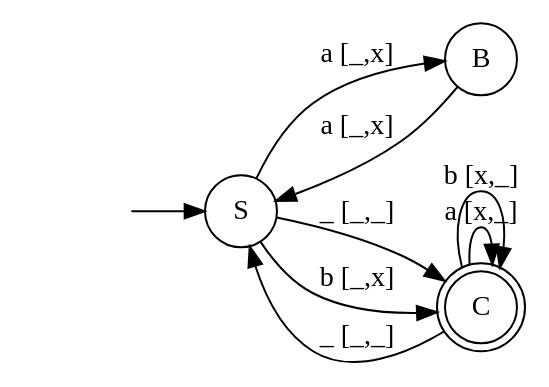
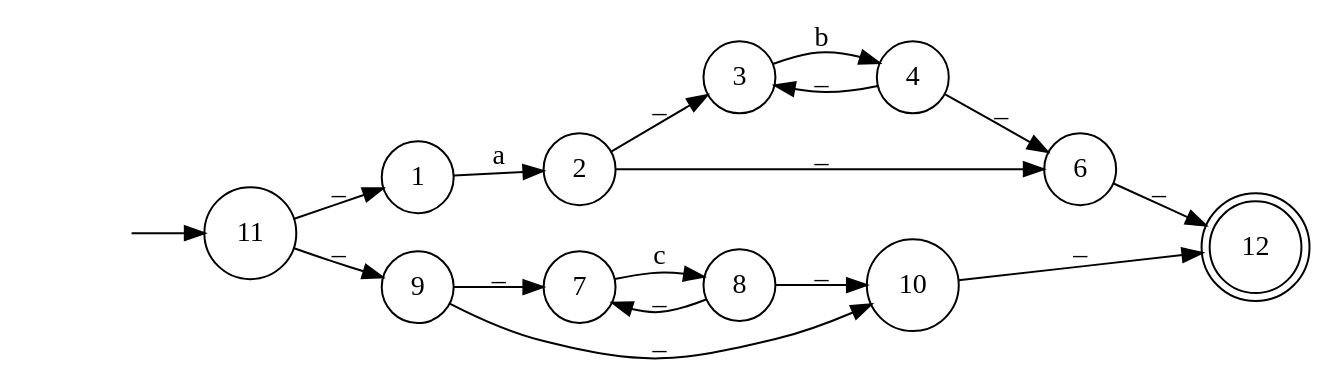
Before and after one commit to arjen0203/AutomataReader: the diagram in Automate Picture/AutomataPicture.dot, drawn with Graphviz. The commit also changed 16 other files, not shown here.

```diff
--- a/Automate Picture/AutomataPicture.dot
+++ b/Automate Picture/AutomataPicture.dot
@@ -1,16 +1,32 @@
 digraph myAutomaton { 
 rankdir=LR; 
 "" [shape=none] 
-"S" [shape=circle] 
-"B" [shape=circle] 
-"C" [shape=doublecircle] 
+"11" [shape=circle] 
+"1" [shape=circle] 
+"2" [shape=circle] 
+"3" [shape=circle] 
+"4" [shape=circle] 
+"6" [shape=circle] 
+"9" [shape=circle] 
+"7" [shape=circle] 
+"8" [shape=circle] 
+"10" [shape=circle] 
+"12" [shape=doublecircle] 
 
-"" -> "S" 
-"S" -> "B" [label="a [_,x]"] 
-"S" -> "C" [label="_ [_,_]"] 
-"S" -> "C" [label="b [_,x]"] 
-"B" -> "S" [label="a [_,x]"] 
-"C" -> "C" [label="a [x,_]"] 
-"C" -> "C" [label="b [x,_]"] 
-"C" -> "S" [label="_ [_,_]"] 
+"" -> "11" 
+"11" -> "1" [label="_"] 
+"11" -> "9" [label="_"] 
+"1" -> "2" [label="a"] 
+"2" -> "3" [label="_"] 
+"2" -> "6" [label="_"] 
+"3" -> "4" [label="b"] 
+"4" -> "3" [label="_"] 
+"4" -> "6" [label="_"] 
+"6" -> "12" [label="_"] 
+"9" -> "7" [label="_"] 
+"9" -> "10" [label="_"] 
+"7" -> "8" [label="c"] 
+"8" -> "7" [label="_"] 
+"8" -> "10" [label="_"] 
+"10" -> "12" [label="_"] 
 }
```
